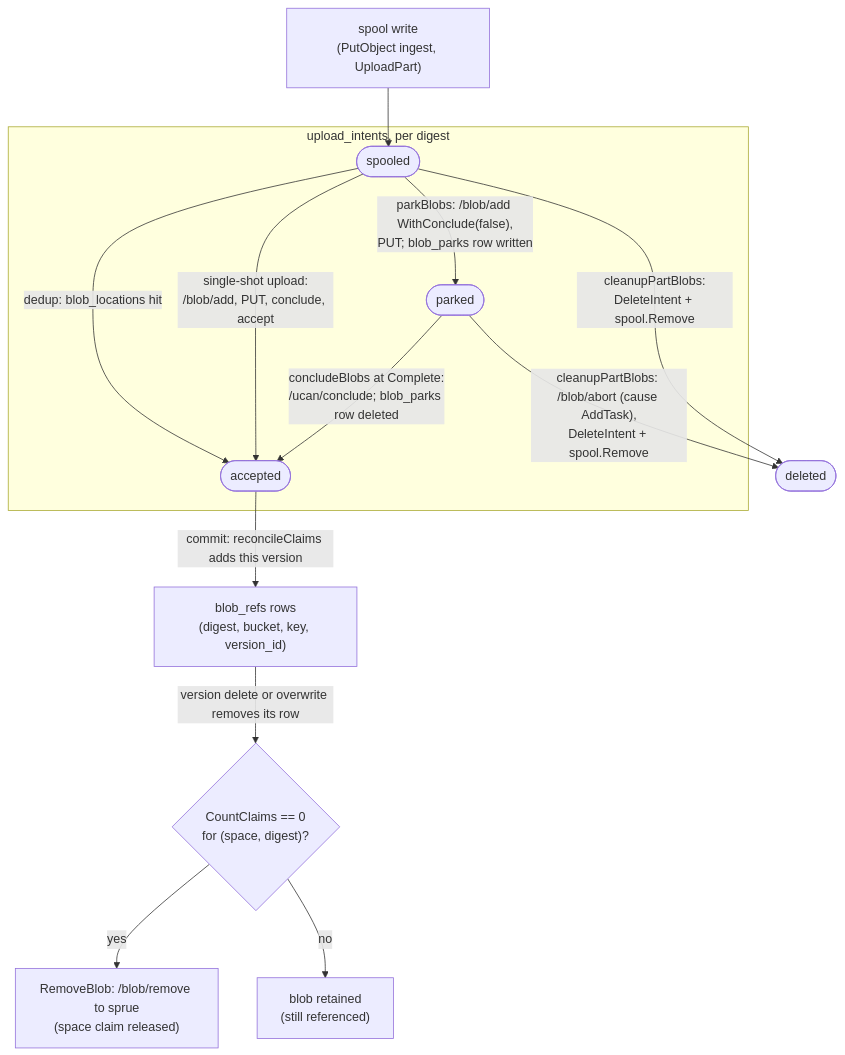
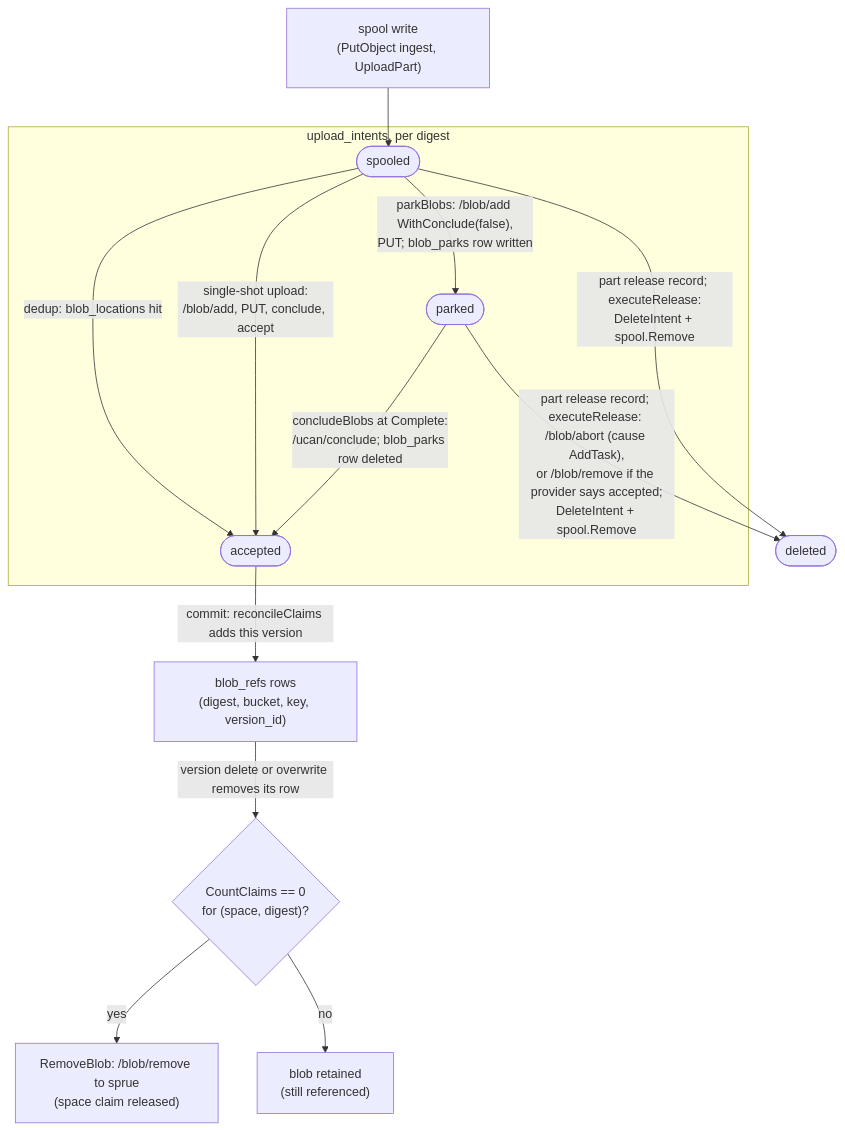
The eighth of 14 diagrams in docs/diagrams.md (fil-forge/ingot), drawn with Mermaid before and after one commit. The commit also changed other lines of this file and 11 other files, not shown here.

````diff
--- a/docs/diagrams.md
+++ b/docs/diagrams.md
@@ -510,22 +512,22 @@
 ```mermaid
 flowchart TB
     W["spool write<br/>(PutObject ingest, UploadPart)"] --> spooled
 
     subgraph intents["upload_intents, per digest"]
         spooled([spooled])
         parked([parked])
         accepted([accepted])
     end
 
     spooled -->|"dedup: blob_locations hit"| accepted
     spooled -->|"single-shot upload:<br/>/blob/add, PUT, conclude, accept"| accepted
     spooled -->|"parkBlobs: /blob/add WithConclude(false),<br/>PUT; blob_parks row written"| parked
     parked -->|"concludeBlobs at Complete:<br/>/ucan/conclude; blob_parks row deleted"| accepted
-    spooled -->|"cleanupPartBlobs:<br/>DeleteIntent + spool.Remove"| gone([deleted])
-    parked -->|"cleanupPartBlobs: /blob/abort (cause AddTask),<br/>DeleteIntent + spool.Remove"| gone
+    spooled -->|"part release record; executeRelease:<br/>DeleteIntent + spool.Remove"| gone([deleted])
+    parked -->|"part release record; executeRelease: /blob/abort (cause AddTask),<br/>or /blob/remove if the provider says accepted;<br/>DeleteIntent + spool.Remove"| gone
 
     accepted -->|"commit: reconcileClaims adds this version"| refs["blob_refs rows<br/>(digest, bucket, key, version_id)"]
     refs -->|"version delete or overwrite removes its row"| zero{"CountClaims == 0<br/>for (space, digest)?"}
     zero -->|yes| rm["RemoveBlob: /blob/remove to sprue<br/>(space claim released)"]
     zero -->|no| keep["blob retained<br/>(still referenced)"]
 ```
````
